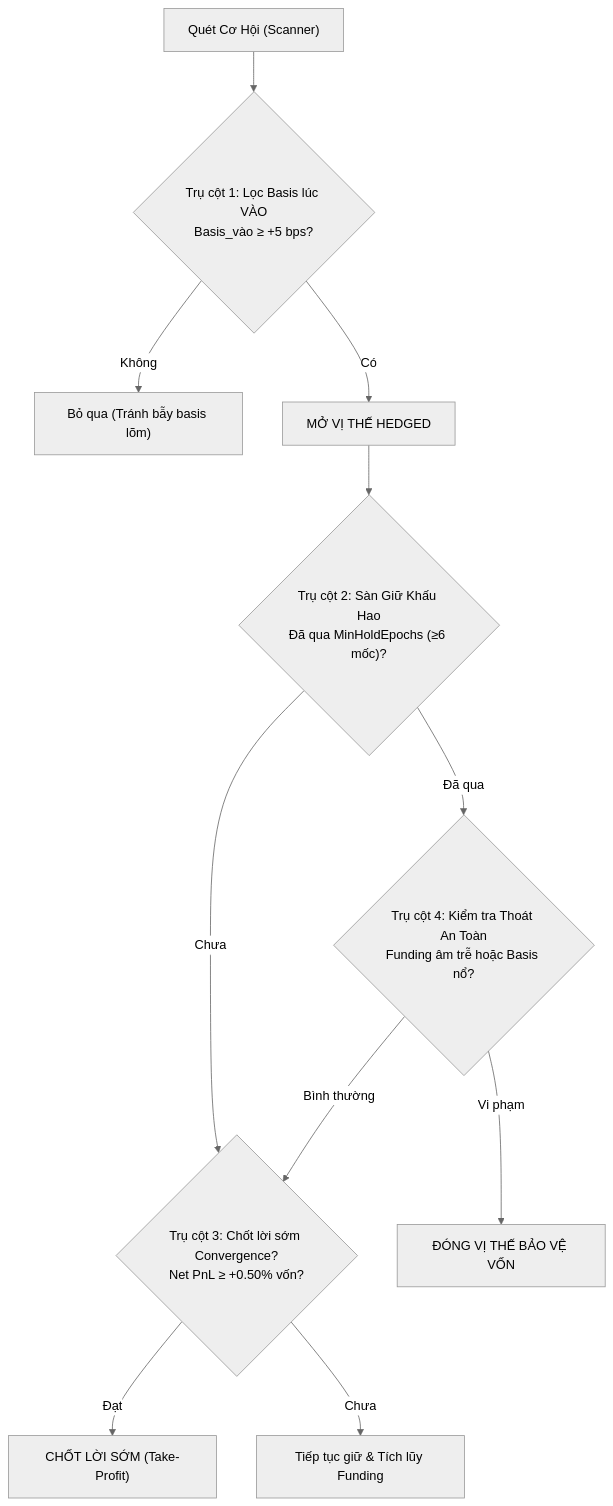
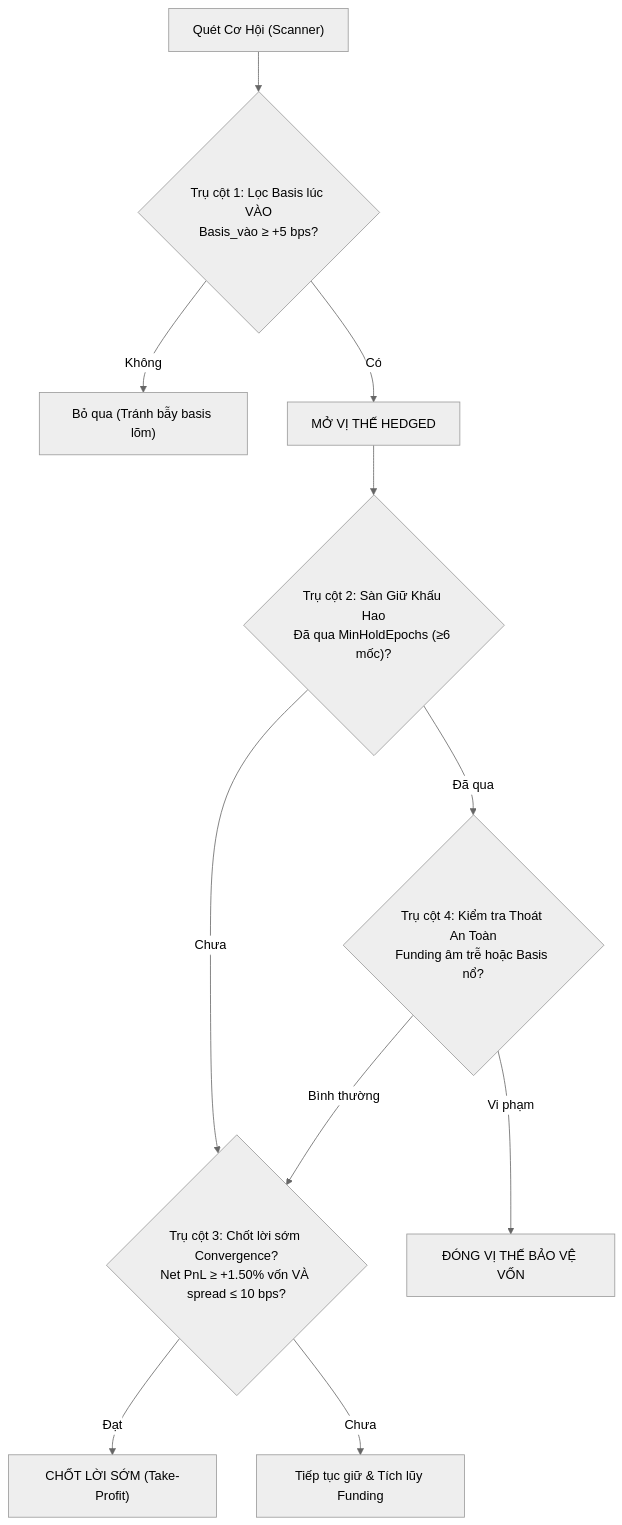
Before and after one commit to khonghao0109/funding-rate-arbitrage: the diagram in docs/AUTOTRADE-CONVERGENCE-HOLDING-STRATEGY.md, drawn with Mermaid (neutral theme). The commit also changed other lines of this file and 14 other files, not shown here.

First line of the commit message:
feat(autotrade): add 10 bps exit spread brake, set TP to 1.50%, multi-exchange backtest, and plan step 4.5i

````diff
--- a/docs/AUTOTRADE-CONVERGENCE-HOLDING-STRATEGY.md
+++ b/docs/AUTOTRADE-CONVERGENCE-HOLDING-STRATEGY.md
@@ -36,13 +36,13 @@
 ```mermaid
 graph TD
     A["Quét Cơ Hội (Scanner)"] --> B{"Trụ cột 1: Lọc Basis lúc VÀO<br/>Basis_vào ≥ +5 bps?"}
     B -- Không --> C["Bỏ qua (Tránh bẫy basis lõm)"]
     B -- Có --> D["MỞ VỊ THẾ HEDGED"]
     D --> E{"Trụ cột 2: Sàn Giữ Khấu Hao<br/>Đã qua MinHoldEpochs (≥6 mốc)?"}
-    E -- Chưa --> F{"Trụ cột 3: Chốt lời sớm Convergence?<br/>Net PnL ≥ +0.50% vốn?"}
+    E -- Chưa --> F{"Trụ cột 3: Chốt lời sớm Convergence?<br/>Net PnL ≥ +1.50% vốn VÀ spread ≤ 10 bps?"}
     F -- Đạt --> G["CHỐT LỜI SỚM (Take-Profit)"]
     F -- Chưa --> H["Tiếp tục giữ & Tích lũy Funding"]
     E -- Đã qua --> I{"Trụ cột 4: Kiểm tra Thoát An Toàn<br/>Funding âm trễ hoặc Basis nổ?"}
     I -- Vi phạm --> J["ĐÓNG VỊ THẾ BẢO VỆ VỐN"]
     I -- Bình thường --> F
 ```
````
